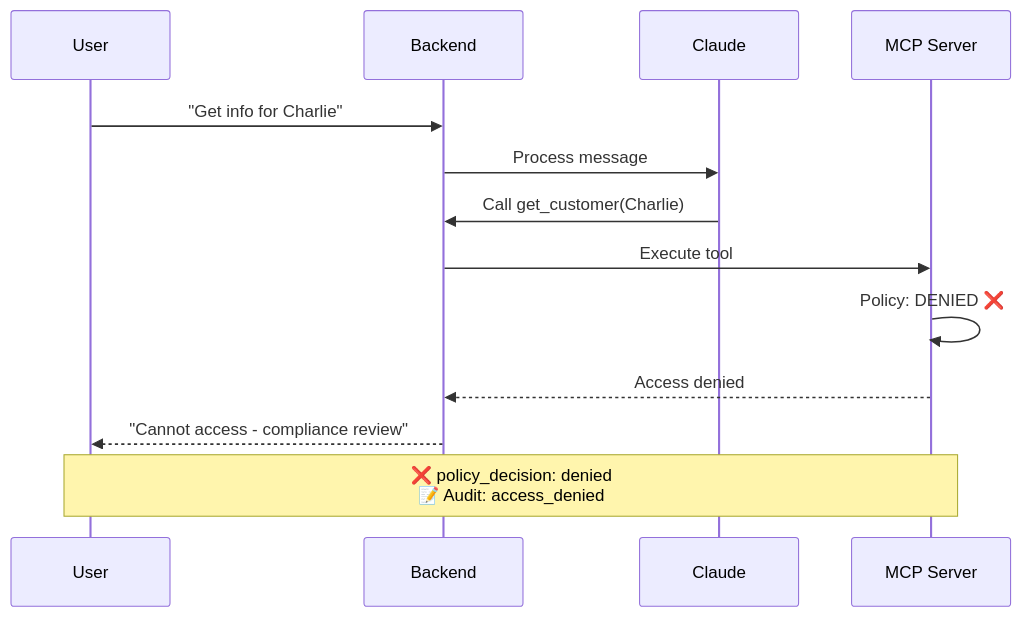
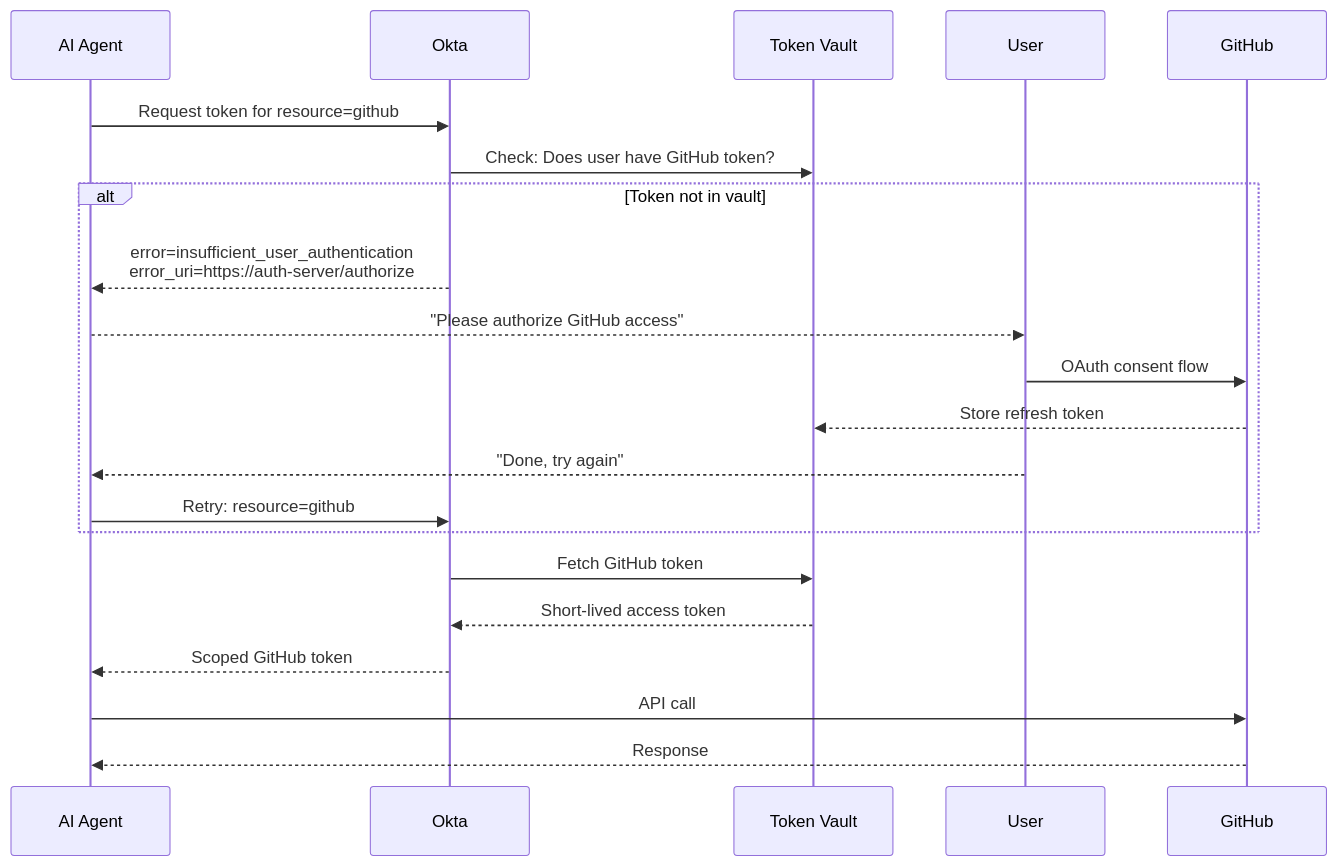
The fourth of 12 diagrams in DOCUMENTATION.md (kunkol/okta-ai-agent-demo), drawn with Mermaid before and after one commit. The commit also changed other lines of this file, not shown here.

Commit message:
Update documentation with customer security outcomes

````diff
--- a/DOCUMENTATION.md
+++ b/DOCUMENTATION.md
@@ -335,17 +133,26 @@
 ```mermaid
 sequenceDiagram
-    participant U as User
-    participant B as Backend
-    participant C as Claude
-    participant M as MCP Server
+    participant Agent as AI Agent
+    participant Okta as Okta
+    participant Vault as Token Vault
+    participant User as User
+    participant GitHub as GitHub
+
+    Agent->>Okta: Request token for resource=github
+    Okta->>Vault: Check: Does user have GitHub token?
     
-    U->>B: "Get info for Charlie"
-    B->>C: Process message
-    C->>B: Call get_customer(Charlie)
-    B->>M: Execute tool
-    M->>M: Policy: DENIED ❌
-    M-->>B: Access denied
-    B-->>U: "Cannot access - compliance review"
+    alt Token not in vault
+        Okta-->>Agent: error=insufficient_user_authentication<br/>error_uri=https://auth-server/authorize
+        Agent-->>User: "Please authorize GitHub access"
+        User->>GitHub: OAuth consent flow
+        GitHub-->>Vault: Store refresh token
+        User-->>Agent: "Done, try again"
+        Agent->>Okta: Retry: resource=github
+    end
     
-    Note over U,M: ❌ policy_decision: denied<br/>📝 Audit: access_denied
+    Okta->>Vault: Fetch GitHub token
+    Vault-->>Okta: Short-lived access token
+    Okta-->>Agent: Scoped GitHub token
+    Agent->>GitHub: API call
+    GitHub-->>Agent: Response
 ```
````
